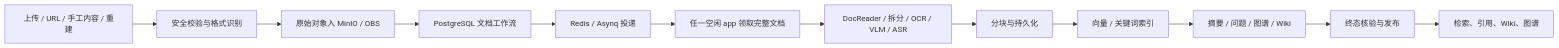
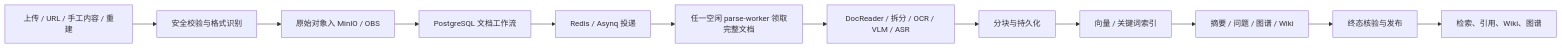
Before and after one commit to Meaninles/wekno: the second of 3 diagrams in docs/custom/当前实现架构与文档索引.md, drawn with Mermaid. The commit also changed other lines of this file and 37 other files, not shown here.

````diff
--- a/docs/custom/当前实现架构与文档索引.md
+++ b/docs/custom/当前实现架构与文档索引.md
@@ -98,14 +111,14 @@
 ```mermaid
 flowchart LR
     Upload["上传 / URL / 手工内容 / 重建"] --> Validate["安全校验与格式识别"]
     Validate --> Object["原始对象入 MinIO / OBS"]
     Object --> Workflow["PostgreSQL 文档工作流"]
     Workflow --> Delivery["Redis / Asynq 投递"]
-    Delivery --> Claim["任一空闲 app 领取完整文档"]
+    Delivery --> Claim["任一空闲 parse-worker 领取完整文档"]
     Claim --> Parse["DocReader / 拆分 / OCR / VLM / ASR"]
     Parse --> Chunk["分块与持久化"]
     Chunk --> Index["向量 / 关键词索引"]
     Index --> Derivatives["摘要 / 问题 / 图谱 / Wiki"]
     Derivatives --> Finalize["终态核验与发布"]
     Finalize --> Search["检索、引用、Wiki、图谱"]
 ```
````
